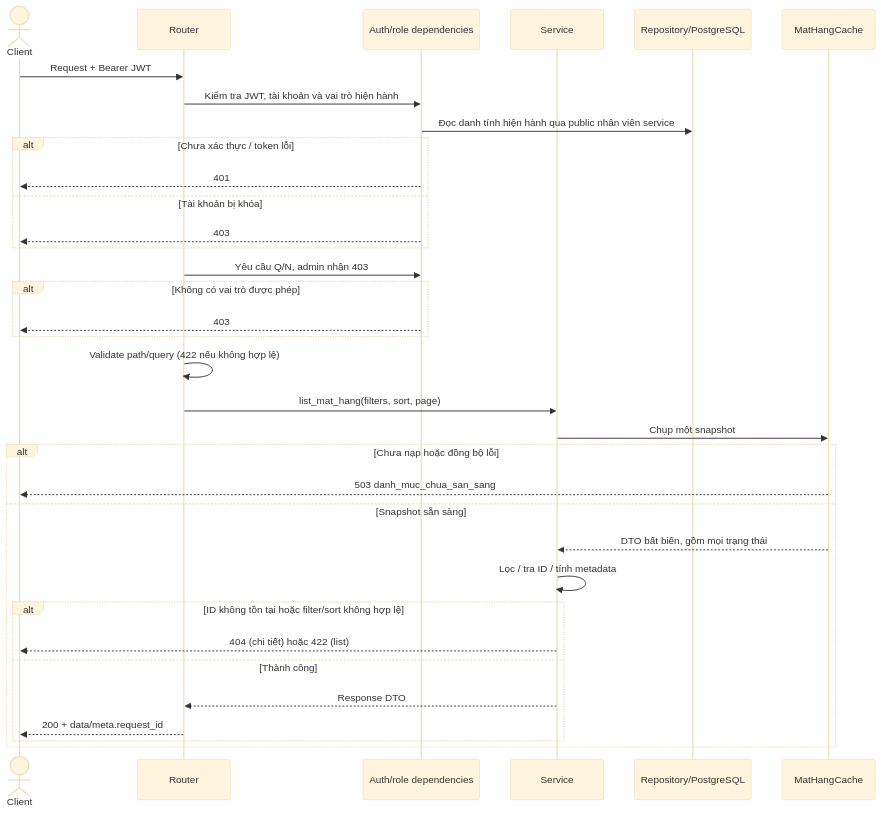
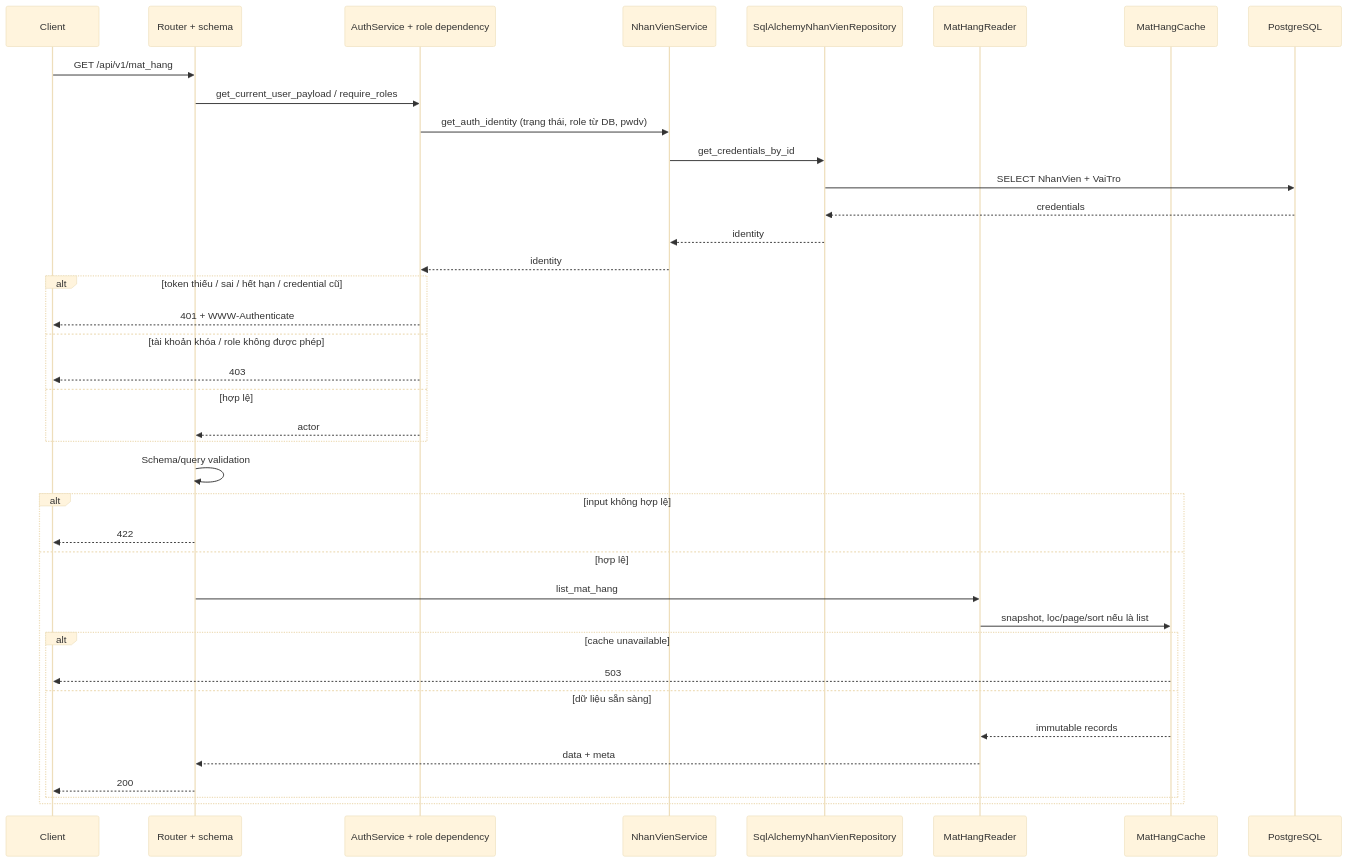
The second of 6 diagrams in docs/sequence/mat_hang.md (thanhklt/xbike-mrp-system), drawn with Mermaid (base theme) before and after one commit. The commit also changed other lines of this file and 41 other files, not shown here.

````diff
--- a/docs/sequence/mat_hang.md
+++ b/docs/sequence/mat_hang.md
@@ -54,36 +58,40 @@
 ```mermaid
 sequenceDiagram
-actor C as Client
-    participant R as Router
-    participant A as Auth/role dependencies
-    participant S as Service
-    participant D as Repository/PostgreSQL
-    C->>R: Request + Bearer JWT
-    R->>A: Kiểm tra JWT, tài khoản và vai trò hiện hành
-    A->>D: Đọc danh tính hiện hành qua public nhân viên service
-    alt Chưa xác thực / token lỗi
-        A-->>C: 401
-    else Tài khoản bị khóa
+    participant C as Client
+    participant R as Router + schema
+    participant A as AuthService + role dependency
+    participant N as NhanVienService
+    participant NR as SqlAlchemyNhanVienRepository
+    participant S as MatHangReader
+    participant K as MatHangCache
+    participant DB as PostgreSQL
+    C->>R: GET /api/v1/mat_hang
+    R->>A: get_current_user_payload / require_roles
+    A->>N: get_auth_identity (trạng thái, role từ DB, pwdv)
+    N->>NR: get_credentials_by_id
+    NR->>DB: SELECT NhanVien + VaiTro
+    DB-->>NR: credentials
+    NR-->>N: identity
+    N-->>A: identity
+    alt token thiếu / sai / hết hạn / credential cũ
+        A-->>C: 401 + WWW-Authenticate
+    else tài khoản khóa / role không được phép
         A-->>C: 403
+    else hợp lệ
+        A-->>R: actor
     end
-    R->>A: Yêu cầu Q/N, admin nhận 403
-    alt Không có vai trò được phép
-        A-->>C: 403
-    end
-    R->>R: Validate path/query (422 nếu không hợp lệ)
-    R->>S: list_mat_hang(filters, sort, page)
-    participant K as MatHangCache
-    S->>K: Chụp một snapshot
-    alt Chưa nạp hoặc đồng bộ lỗi
-        K-->>C: 503 danh_muc_chua_san_sang
-    else Snapshot sẵn sàng
-        K-->>S: DTO bất biến, gồm mọi trạng thái
-        S->>S: Lọc / tra ID / tính metadata
-        alt ID không tồn tại hoặc filter/sort không hợp lệ
-            S-->>C: 404 (chi tiết) hoặc 422 (list)
-        else Thành công
-            S-->>R: Response DTO
-            R-->>C: 200 + data/meta.request_id
+    R->>R: Schema/query validation
+    alt input không hợp lệ
+        R-->>C: 422
+    else hợp lệ
+        R->>S: list_mat_hang
+        S->>K: snapshot, lọc/page/sort nếu là list
+        alt cache unavailable
+            K-->>C: 503
+        else dữ liệu sẵn sàng
+            K-->>S: immutable records
+            S-->>R: data + meta
+            R-->>C: 200
         end
     end
 ```
````
